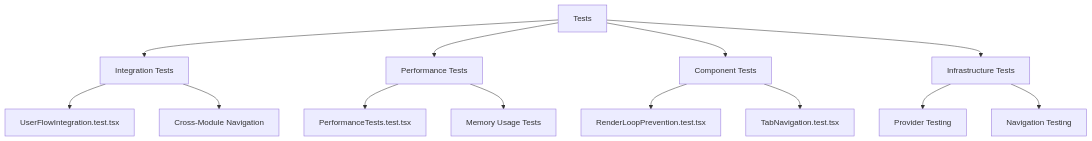
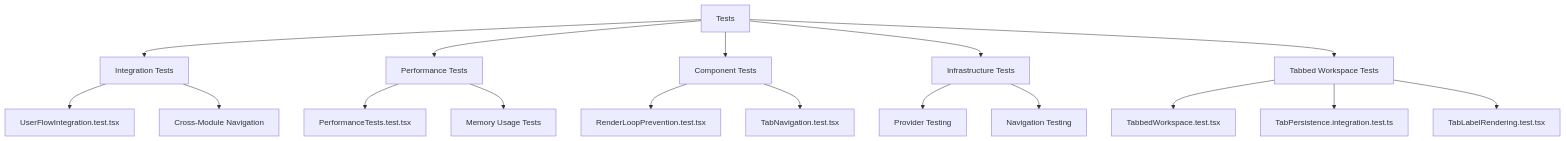
The second of 3 diagrams in .qoder/repowiki/en/content/Testing Strategy/Testing Strategy.md (geniusdynamics/schoolpilot), drawn with Mermaid before and after one commit. The commit also changed other lines of this file and 12 other files, not shown here.

````diff
--- a/.qoder/repowiki/en/content/Testing Strategy/Testing Strategy.md
+++ b/.qoder/repowiki/en/content/Testing Strategy/Testing Strategy.md
@@ -80,15 +88,19 @@
 ```mermaid
 graph TD
 A[Tests] --> B[Integration Tests]
 A --> C[Performance Tests]
 A --> D[Component Tests]
 A --> E[Infrastructure Tests]
+A --> F[Tabbed Workspace Tests]
 B --> B1[UserFlowIntegration.test.tsx]
 B --> B2[Cross-Module Navigation]
 C --> C1[PerformanceTests.test.tsx]
 C --> C2[Memory Usage Tests]
 D --> D1[RenderLoopPrevention.test.tsx]
 D --> D2[TabNavigation.test.tsx]
 E --> E1[Provider Testing]
 E --> E2[Navigation Testing]
+F --> F1[TabbedWorkspace.test.tsx]
+F --> F2[TabPersistence.integration.test.ts]
+F --> F3[TabLabelRendering.test.tsx]
 ```
````
